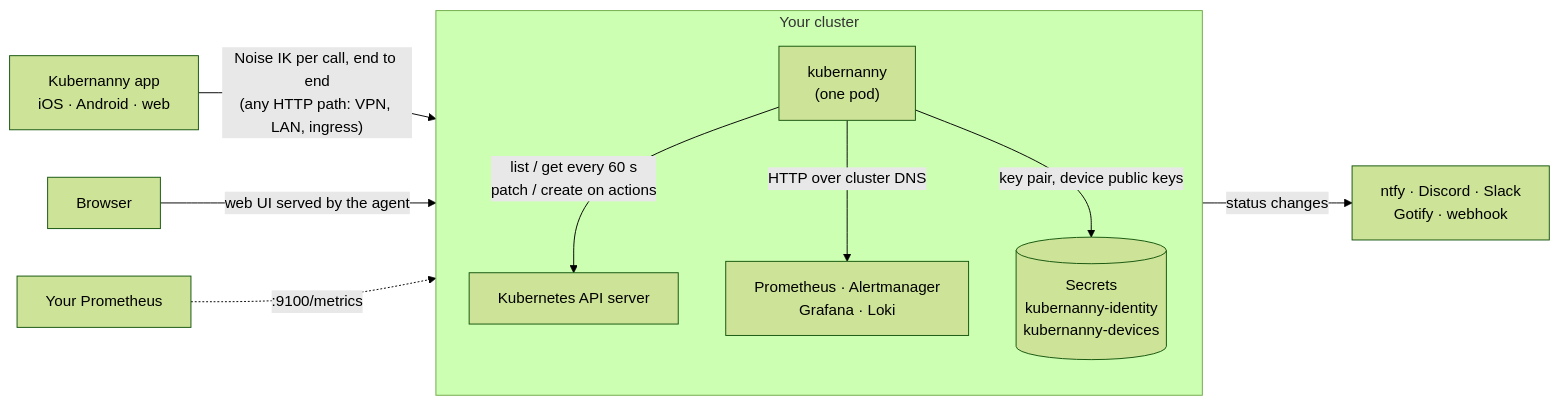
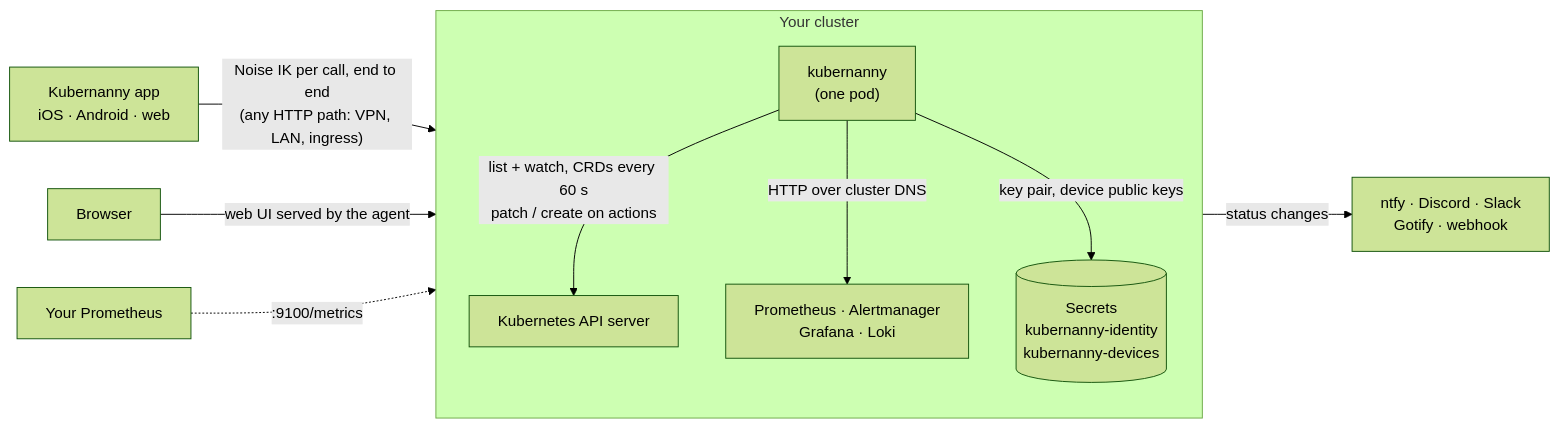
One commit to kubernanny/kubernanny changed the first of 11 diagrams in docs/ARCHITECTURE.md. Above: the diagram before and after it, drawn with Mermaid (forest theme). The commit also changed other lines of this file and 10 other files, not shown here.

````diff
--- a/docs/ARCHITECTURE.md
+++ b/docs/ARCHITECTURE.md
@@ -13,17 +13,17 @@
 ```mermaid
 flowchart LR
   subgraph cluster["Your cluster"]
     direction TB
     api["Kubernetes API server"]
     prom["Prometheus · Alertmanager<br/>Grafana · Loki"]
     agent["kubernanny<br/>(one pod)"]
     secret[("Secrets<br/>kubernanny-identity<br/>kubernanny-devices")]
-    agent -- "list / get every 60 s<br/>patch / create on actions" --> api
+    agent -- "list + watch, CRDs every 60 s<br/>patch / create on actions" --> api
     agent -- "HTTP over cluster DNS" --> prom
     agent -- "key pair, device public keys" --> secret
   end
   app["Kubernanny app<br/>iOS · Android · web"] -- "Noise IK per call, end to end<br/>(any HTTP path: VPN, LAN, ingress)" --> agent
   browser["Browser"] -- "web UI served by the agent" --> agent
   agent -- "status changes" --> notify["ntfy · Discord · Slack<br/>Gotify · webhook"]
   scrape["Your Prometheus"] -. ":9100/metrics" .-> agent
 ```
````
